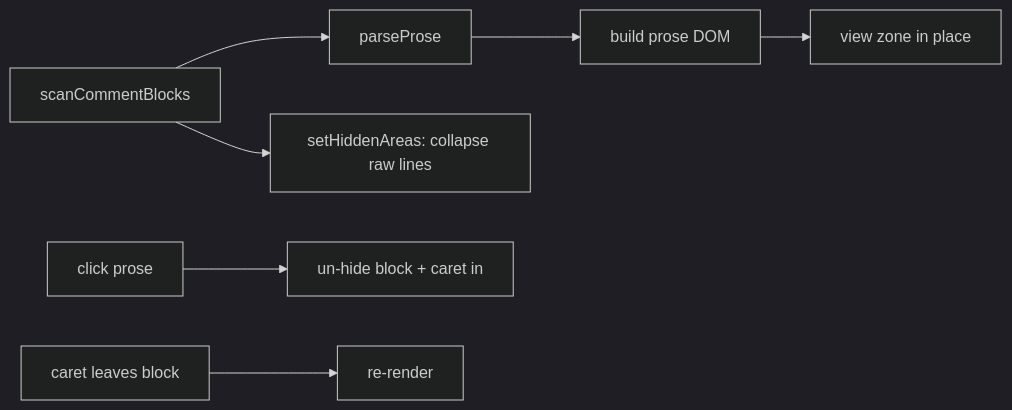
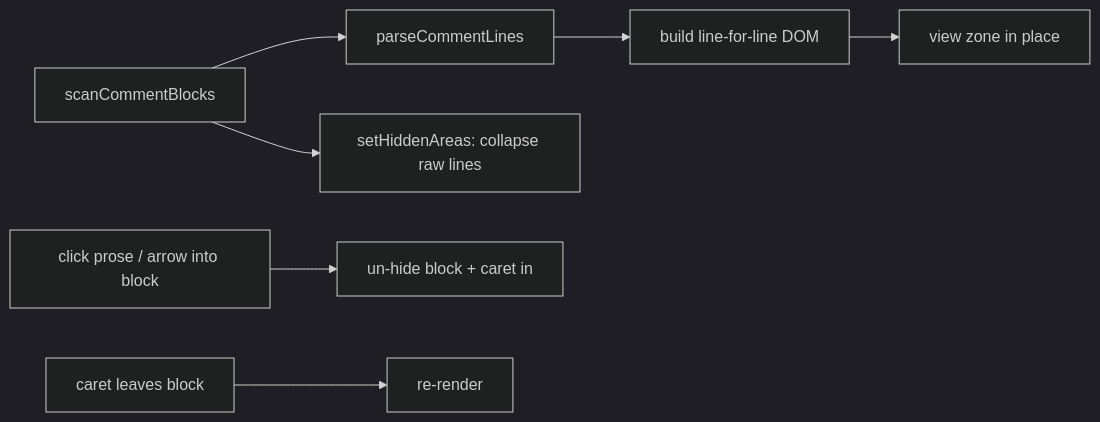
The diagram in docs/specs/comment-prose.md (Kapps/weavie), drawn with Mermaid (dark theme) before and after one commit. The commit also changed other lines of this file and 6 other files, not shown here.

First line of the commit message:
Render comments as line-for-line prose with a four-way mode setting

````diff
--- a/docs/specs/comment-prose.md
+++ b/docs/specs/comment-prose.md
@@ -39,9 +60,9 @@
 ```mermaid
 flowchart LR
-  scan[scanCommentBlocks] --> parse[parseProse]
-  parse --> dom[build prose DOM]
+  scan[scanCommentBlocks] --> parse[parseCommentLines]
+  parse --> dom[build line-for-line DOM]
   dom --> zone[view zone in place]
   scan --> hide[setHiddenAreas: collapse raw lines]
-  click[click prose] --> reveal[un-hide block + caret in]
+  open[click prose / arrow into block] --> reveal[un-hide block + caret in]
   caretLeaves[caret leaves block] --> recollapse[re-render]
 ```
````
